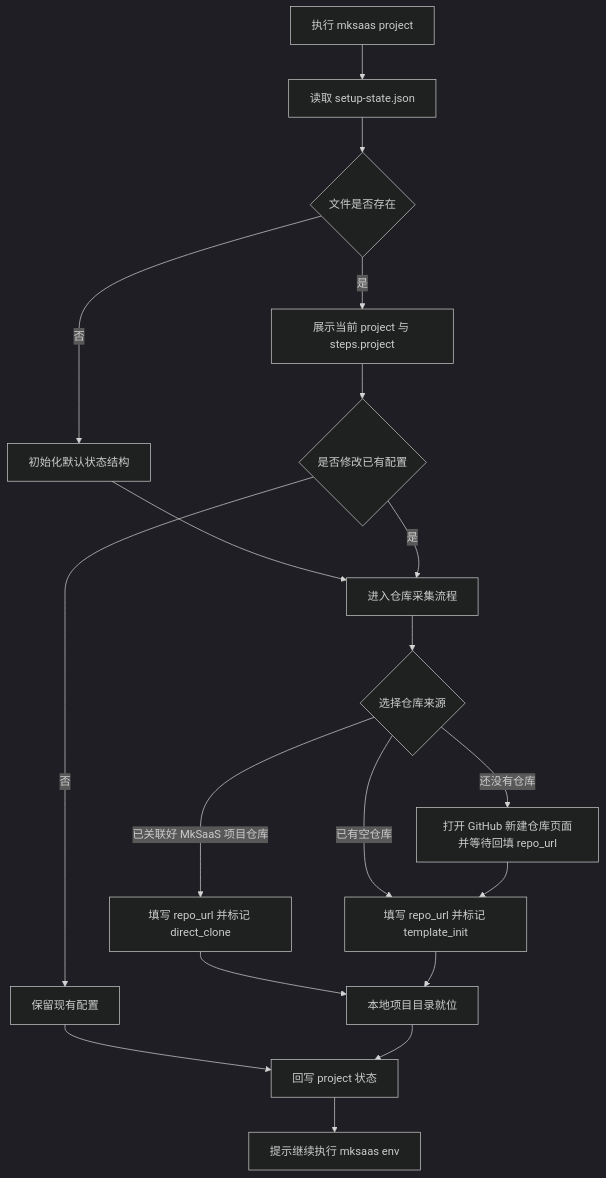
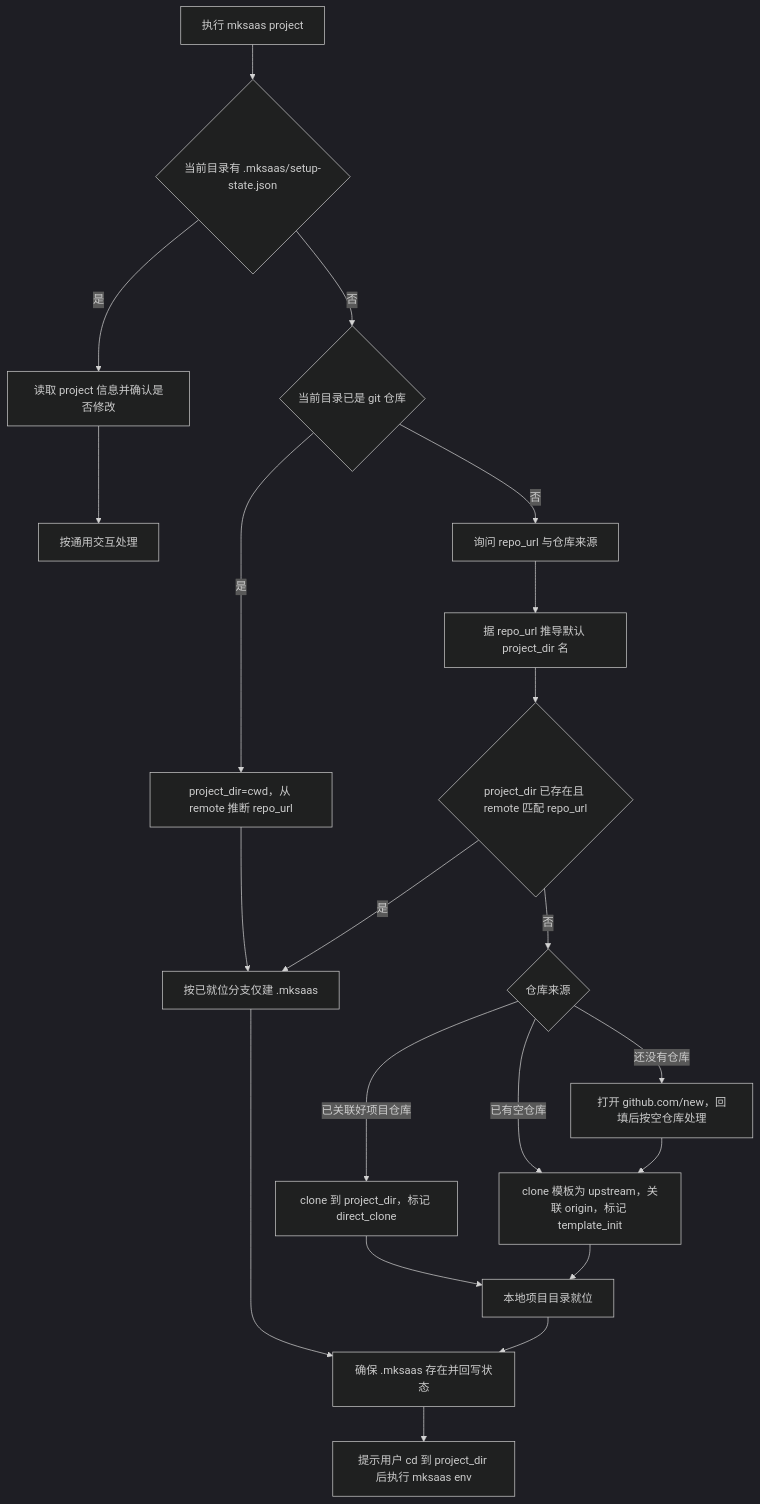
Before and after one commit to CaffeineOddity/mksaas_command: the diagram in docs/steps/03-project.md, drawn with Mermaid (dark theme). The commit also changed other lines of this file and 5 other files, not shown here.

First line of the commit message:
docs: 补全 env schema 与构建安装生命周期，细化 init/apply/project 流程

````diff
--- a/docs/steps/03-project.md
+++ b/docs/steps/03-project.md
@@ -75,21 +95,23 @@
 ```mermaid
 flowchart TD
-    A[执行 mksaas project] --> B[读取 setup-state.json]
-    B --> C{文件是否存在}
-    C -->|否| D[初始化默认状态结构]
-    C -->|是| E[展示当前 project 与 steps.project]
-    D --> F[进入仓库采集流程]
-    E --> G{是否修改已有配置}
-    G -->|否| H[保留现有配置]
-    G -->|是| F
-    F --> I{选择仓库来源}
-    I -->|已关联好 MkSaaS 项目仓库| J[填写 repo_url 并标记 direct_clone]
-    I -->|已有空仓库| K[填写 repo_url 并标记 template_init]
-    I -->|还没有仓库| L[打开 GitHub 新建仓库页面并等待回填 repo_url]
-    L --> K
-    J --> M[本地项目目录就位]
-    K --> M
-    H --> N[回写 project 状态]
-    M --> N
-    N --> O[提示继续执行 mksaas env <group>]
+    A[执行 mksaas project] --> B{当前目录有 .mksaas/setup-state.json}
+    B -->|是| C[读取 project 信息并确认是否修改]
+    B -->|否| D{当前目录已是 git 仓库}
+    D -->|是| E[project_dir=cwd，从 remote 推断 repo_url]
+    D -->|否| F[询问 repo_url 与仓库来源]
+    F --> G[据 repo_url 推导默认 project_dir 名]
+    G --> H{project_dir 已存在且 remote 匹配 repo_url}
+    H -->|是| I[按已就位分支仅建 .mksaas]
+    H -->|否| J{仓库来源}
+    J -->|已关联好项目仓库| K[clone 到 project_dir，标记 direct_clone]
+    J -->|已有空仓库| L[clone 模板为 upstream，关联 origin，标记 template_init]
+    J -->|还没有仓库| M[打开 github.com/new，回填后按空仓库处理]
+    M --> L
+    C --> N[按通用交互处理]
+    E --> I
+    K --> O[本地项目目录就位]
+    L --> O
+    I --> P[确保 .mksaas 存在并回写状态]
+    O --> P
+    P --> Q[提示用户 cd 到 project_dir 后执行 mksaas env]
 ```
````
